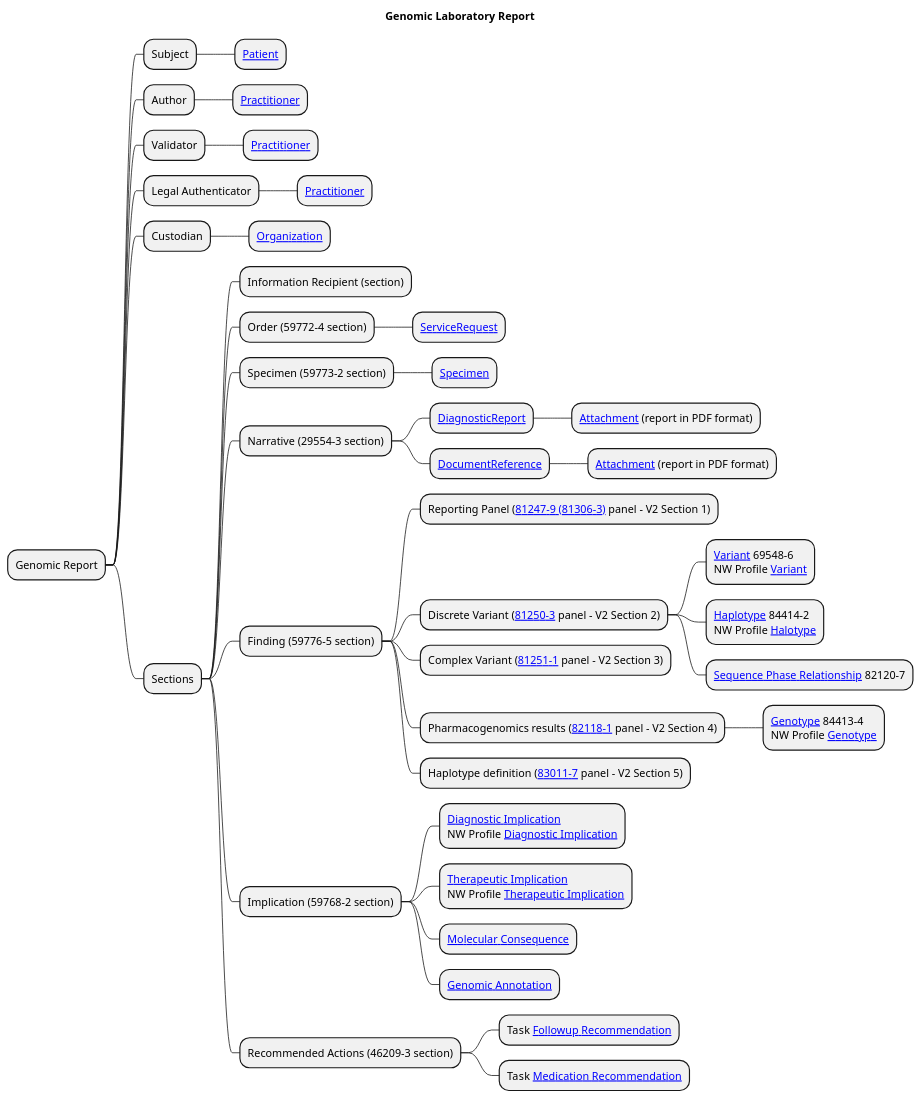
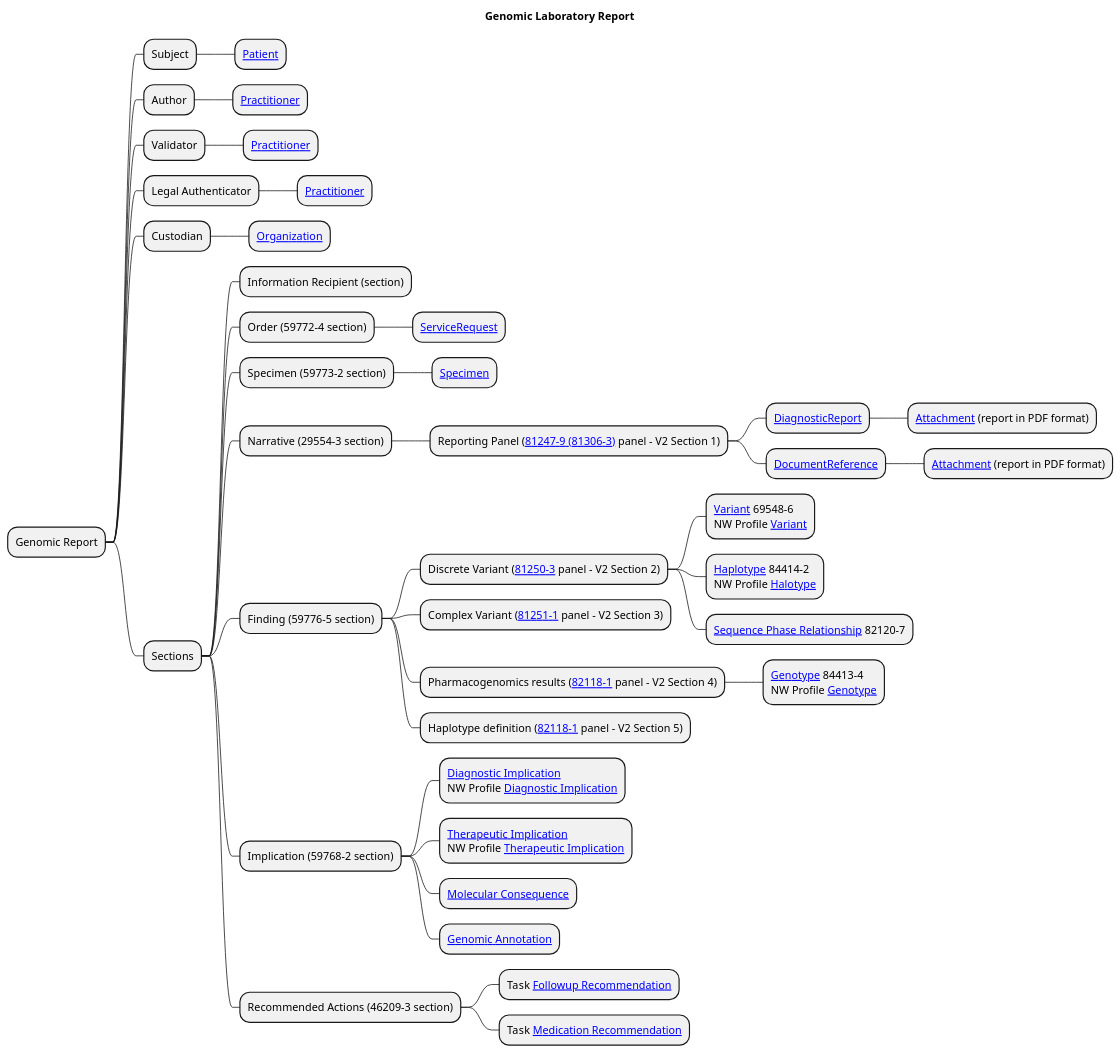
Before and after one commit to uk-gov-mirror/nw-gmsa.nw-gmsa.github.com: the diagram in input/images-source/LaboratoryReport-mindmap.plantuml, drawn with PlantUML.

Commit message:
Documentation tidy

```diff
--- a/input/images-source/LaboratoryReport-mindmap.plantuml
+++ b/input/images-source/LaboratoryReport-mindmap.plantuml
@@ -1,46 +1,46 @@
 @startmindmap
 
 title "Genomic Laboratory Report"
 
 * Genomic Report
 ** Subject
 *** [[StructureDefinition-Patient.html Patient]]
 ** Author
 *** [[StructureDefinition-Practitioner.html Practitioner]]
 ** Validator
 *** [[StructureDefinition-Practitioner.html Practitioner]]
 ** Legal Authenticator
 *** [[StructureDefinition-Practitioner.html Practitioner]]
 ** Custodian
 *** [[StructureDefinition-Organization.html Organization]]
 ** Sections
 *** Information Recipient (section)
 *** Order (59772-4 section)
 **** [[StructureDefinition-ServiceRequest.html ServiceRequest]]
 *** Specimen (59773-2 section)
 **** [[StructureDefinition-Specimen.html Specimen]]
 *** Narrative (29554-3 section)
-**** [[StructureDefinition-DiagnosticReport.html DiagnosticReport]]
-***** [[StructureDefinition-NWAttachment.html Attachment]] (report in PDF format)
-**** [[StructureDefinition-DocumentReference.html DocumentReference]]
-***** [[StructureDefinition-NWAttachment.html Attachment]] (report in PDF format)
+**** Reporting Panel ([[https://loinc.org/81247-9 81247-9 (81306-3)]] panel - V2 Section 1)
+***** [[StructureDefinition-DiagnosticReport.html DiagnosticReport]]
+****** [[StructureDefinition-NWAttachment.html Attachment]] (report in PDF format)
+***** [[StructureDefinition-DocumentReference.html DocumentReference]]
+****** [[StructureDefinition-NWAttachment.html Attachment]] (report in PDF format)
 *** Finding (59776-5 section)
-**** Reporting Panel ([[https://loinc.org/81247-9 81247-9 (81306-3)]] panel - V2 Section 1)
 **** Discrete Variant ([[https://loinc.org/81250-3 81250-3]] panel - V2 Section 2)
 ***** [[https://hl7.org/fhir/uv/genomics-reporting/STU3/StructureDefinition-variant.html Variant]] 69548-6 \nNW Profile [[StructureDefinition-Observation-Variant.html Variant]]
 ***** [[https://hl7.org/fhir/uv/genomics-reporting/StructureDefinition-haplotype.html Haplotype]] 84414-2 \nNW Profile [[http://hl7.org/fhir/uv/genomics-reporting/StructureDefinition/haplotype Halotype]]
 ***** [[http://hl7.org/fhir/uv/genomics-reporting/StructureDefinition/sequence-phase-relationship Sequence Phase Relationship]] 82120-7
 **** Complex Variant ([[https://loinc.org/81251-1 81251-1]] panel - V2 Section 3)
 **** Pharmacogenomics results ([[https://loinc.org/82118-1 82118-1]] panel - V2 Section 4)
 ***** [[https://build.fhir.org/ig/HL7/genomics-reporting/StructureDefinition-genotype.html Genotype]] 84413-4\nNW Profile [[https://build.fhir.org/ig/HL7/genomics-reporting/StructureDefinition-genotype.html Genotype]]
-**** Haplotype definition ([[https://loinc.org/83011-7 83011-7]] panel - V2 Section 5)
+**** Haplotype definition ([[https://loinc.org/83011-7 82118-1]] panel - V2 Section 5)
 *** Implication (59768-2 section)
 **** [[https://hl7.org/fhir/uv/genomics-reporting/STU3/StructureDefinition-diagnostic-implication.html Diagnostic Implication]]\nNW Profile [[StructureDefinition-Observation-DiagnosticImplication.html Diagnostic Implication]]
 **** [[https://hl7.org/fhir/uv/genomics-reporting/STU3/StructureDefinition-therapeutic-implication.html Therapeutic Implication]]\nNW Profile [[StructureDefinition-Observation-TherapeuticImplication.html Therapeutic Implication]]
 **** [[https://build.fhir.org/ig/HL7/genomics-reporting/StructureDefinition-molecular-consequence.html Molecular Consequence]]
 **** [[https://build.fhir.org/ig/HL7/genomics-reporting/StructureDefinition-genomic-annotation.html Genomic Annotation]]
 *** Recommended Actions (46209-3 section)
 **** Task [[https://build.fhir.org/ig/HL7/genomics-reporting/StructureDefinition-followup-recommendation.html Followup Recommendation]]
 **** Task [[https://build.fhir.org/ig/HL7/genomics-reporting/StructureDefinition-medication-recommendation.html Medication Recommendation]]
 
 @endmindmap
```
